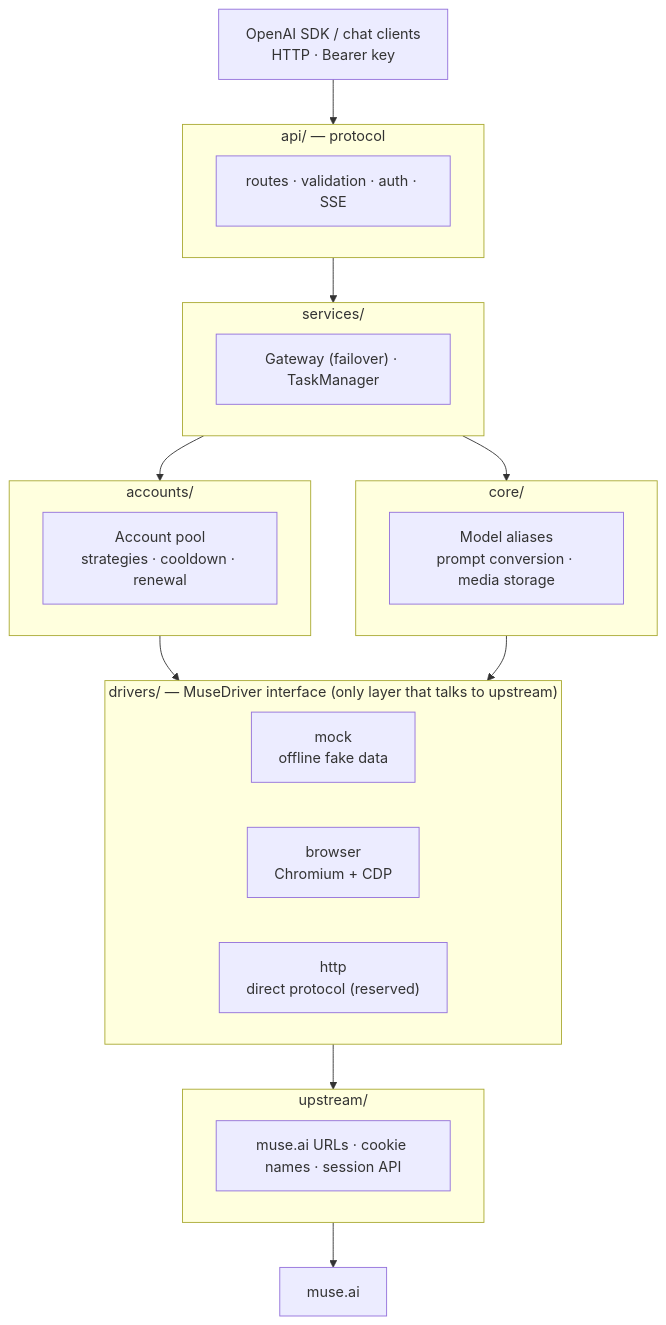
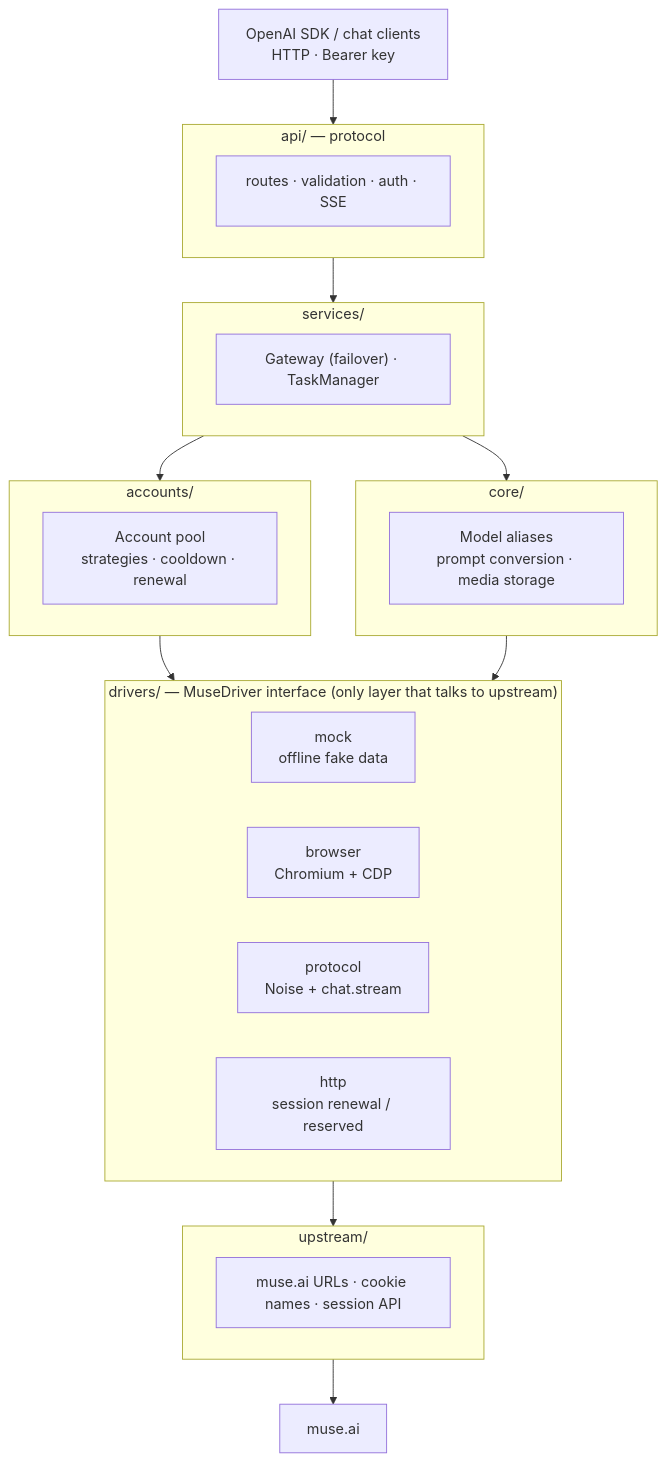
One commit to yonglanws/muse2api changed the diagram in README.md. Above: the diagram before and after it, drawn with Mermaid. The commit also changed other lines of this file and 24 other files, not shown here.

Commit message:
feat: native Noise protocol driver with isolated threads and media (0.5.0)

````diff
--- a/README.md
+++ b/README.md
@@ -75,38 +75,39 @@
 ```mermaid
 flowchart TB
     clients["OpenAI SDK / chat clients<br/>HTTP · Bearer key"]
 
     subgraph api["api/ — protocol"]
         api_routes["routes · validation · auth · SSE"]
     end
 
     subgraph services["services/"]
         svc["Gateway (failover) · TaskManager"]
     end
 
     subgraph accounts["accounts/"]
         acc["Account pool<br/>strategies · cooldown · renewal"]
     end
 
     subgraph core["core/"]
         core_inner["Model aliases<br/>prompt conversion · media storage"]
     end
 
     subgraph drivers["drivers/ — MuseDriver interface (only layer that talks to upstream)"]
         direction LR
         d_mock["mock<br/>offline fake data"]
         d_browser["browser<br/>Chromium + CDP"]
-        d_http["http<br/>direct protocol (reserved)"]
+        d_protocol["protocol<br/>Noise + chat.stream"]
+        d_http["http<br/>session renewal / reserved"]
     end
 
     subgraph upstream["upstream/"]
         u["muse.ai URLs · cookie names · session API"]
     end
 
     musedotai["muse.ai"]
 
     clients --> api --> services
     services --> accounts & core
     accounts & core --> drivers
     drivers --> upstream --> musedotai
 ```
````
